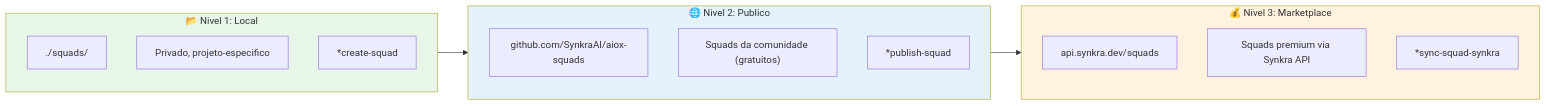
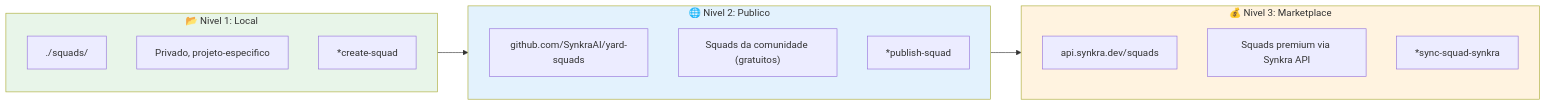
The sixth of 6 diagrams in docs/aiox-agent-flows/squad-creator-system.md (ernesto-langa/yard-core), drawn with Mermaid before and after one commit. The commit also changed other lines of this file and 529 other files, not shown here.

````diff
--- a/docs/aiox-agent-flows/squad-creator-system.md
+++ b/docs/aiox-agent-flows/squad-creator-system.md
@@ -558,27 +558,27 @@
 ```mermaid
 flowchart LR
     subgraph LOCAL["📂 Nivel 1: Local"]
         L_PATH["./squads/"]
         L_DESC["Privado, projeto-especifico"]
         L_CMD["*create-squad"]
     end
 
     subgraph PUBLIC["🌐 Nivel 2: Publico"]
-        P_REPO["github.com/SynkraAI/aiox-squads"]
+        P_REPO["github.com/SynkraAI/yard-squads"]
         P_DESC["Squads da comunidade (gratuitos)"]
         P_CMD["*publish-squad"]
     end
 
     subgraph MARKET["💰 Nivel 3: Marketplace"]
         M_API["api.synkra.dev/squads"]
         M_DESC["Squads premium via Synkra API"]
         M_CMD["*sync-squad-synkra"]
     end
 
     LOCAL --> PUBLIC
     PUBLIC --> MARKET
 
     style LOCAL fill:#e8f5e9
     style PUBLIC fill:#e3f2fd
     style MARKET fill:#fff3e0
 ```
````
